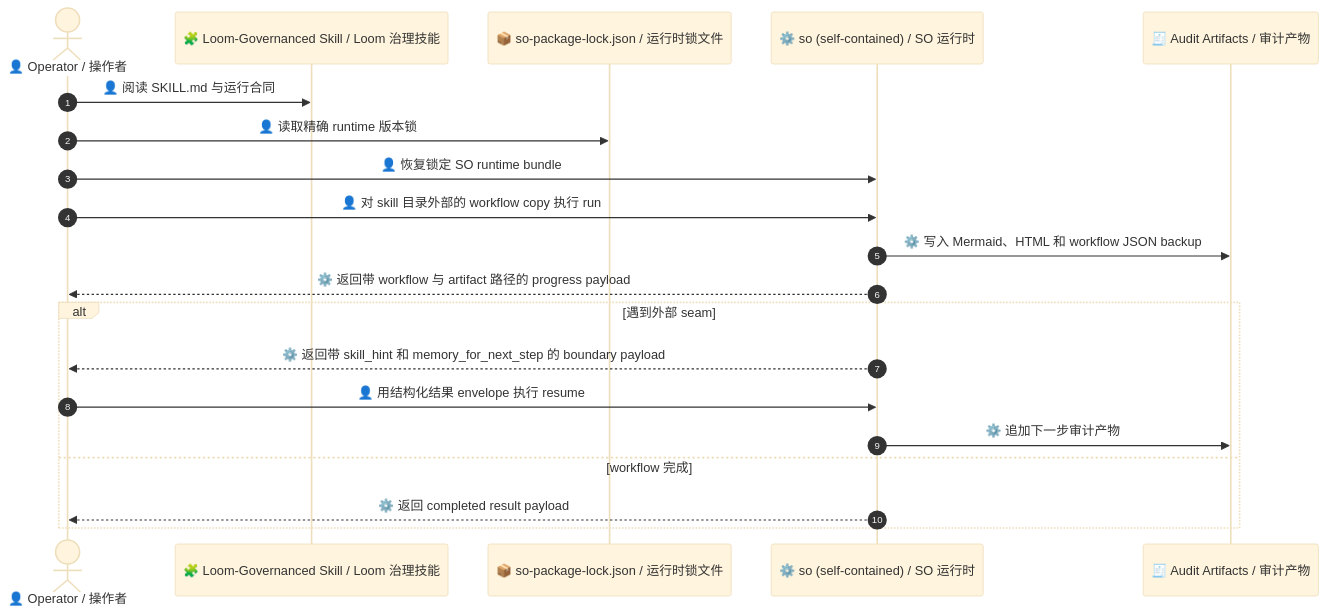
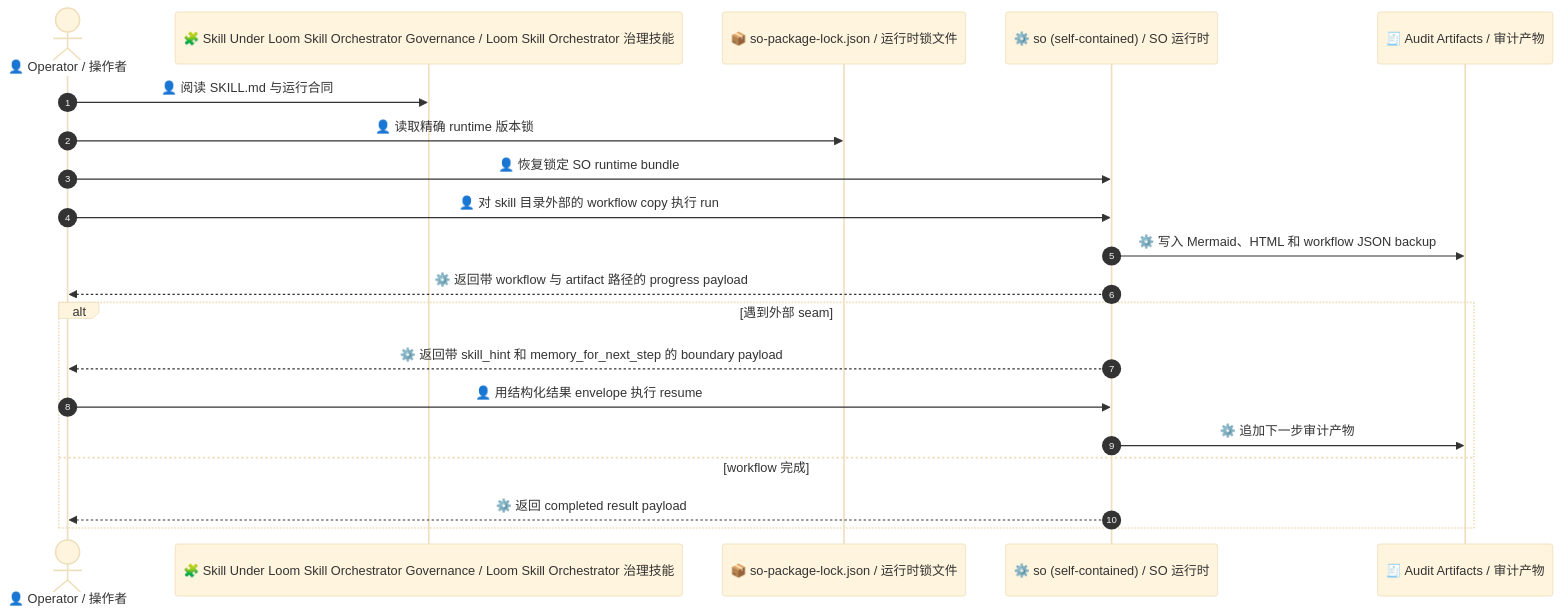
One commit to waynebaby/Techne-Loom changed the first of 2 diagrams in README.zh-CN.md. Above: the diagram before and after it, drawn with Mermaid (base theme). The commit also changed other lines of this file and 152 other files, not shown here.

````diff
--- a/README.zh-CN.md
+++ b/README.zh-CN.md
@@ -241,23 +241,23 @@
 ```mermaid
 sequenceDiagram
     autonumber
     actor Operator as 👤 Operator / 操作者
-    participant Skill as 🧩 Loom-Governanced Skill / Loom 治理技能
+    participant Skill as 🧩 Skill Under Loom Skill Orchestrator Governance / Loom Skill Orchestrator 治理技能
     participant Lock as 📦 so-package-lock.json / 运行时锁文件
     participant Runtime as ⚙️ so (self-contained) / SO 运行时
     participant Audit as 🧾 Audit Artifacts / 审计产物
 
     Operator->>Skill: 👤 阅读 SKILL.md 与运行合同
     Operator->>Lock: 👤 读取精确 runtime 版本锁
     Operator->>Runtime: 👤 恢复锁定 SO runtime bundle
     Operator->>Runtime: 👤 对 skill 目录外部的 workflow copy 执行 run
     Runtime->>Audit: ⚙️ 写入 Mermaid、HTML 和 workflow JSON backup
     Runtime-->>Operator: ⚙️ 返回带 workflow 与 artifact 路径的 progress payload
     alt 遇到外部 seam
         Runtime-->>Operator: ⚙️ 返回带 skill_hint 和 memory_for_next_step 的 boundary payload
         Operator->>Runtime: 👤 用结构化结果 envelope 执行 resume
         Runtime->>Audit: ⚙️ 追加下一步审计产物
     else workflow 完成
         Runtime-->>Operator: ⚙️ 返回 completed result payload
     end
 ```
````
